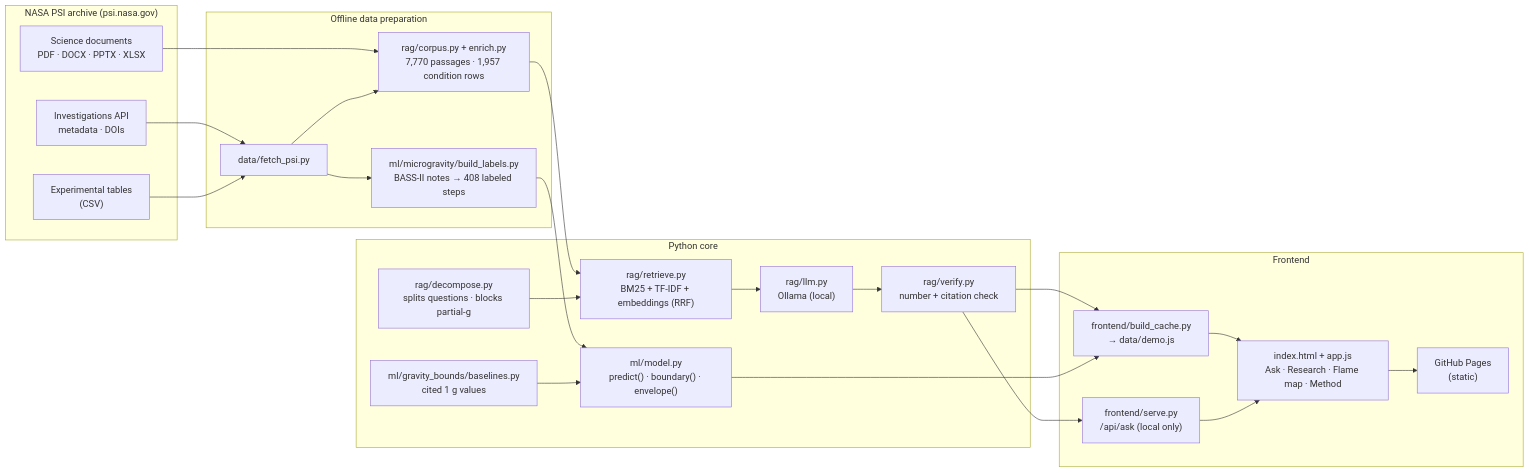
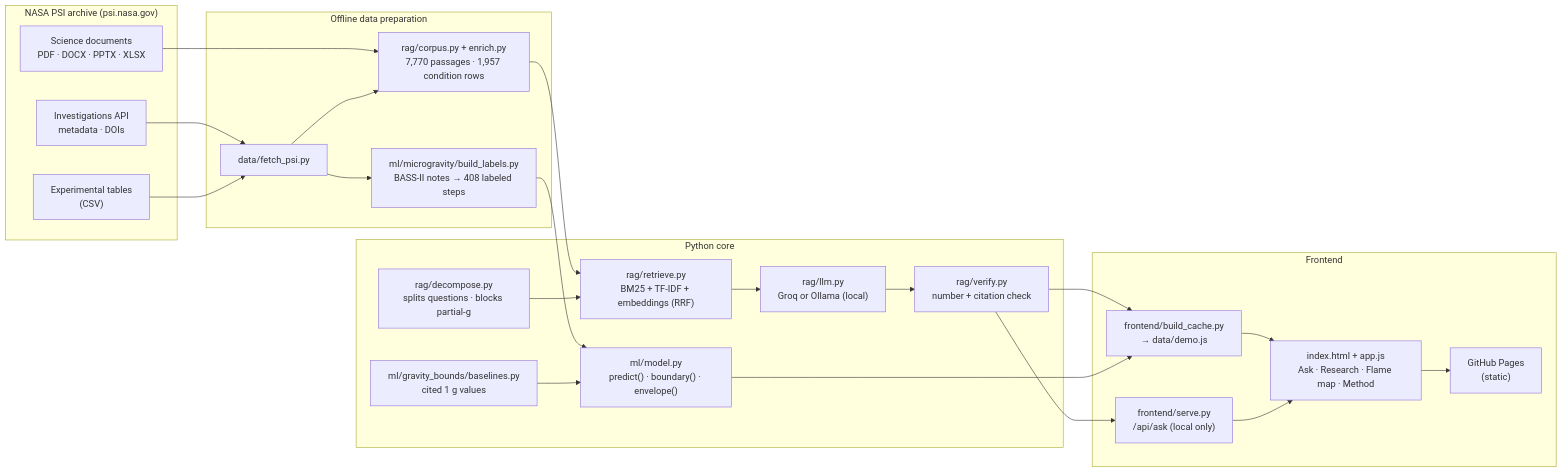
Before and after one commit to md-zaid-10/Flame-in-Freefall-by-Cosmic-Outliers: the diagram in README.md, drawn with Mermaid. The commit also changed other lines of this file and 3 other files, not shown here.

First line of the commit message:
Groq: fall back to Ollama on rate limits, normalize citations, label the answering model

````diff
--- a/README.md
+++ b/README.md
@@ -193,47 +193,47 @@
 ```mermaid
 flowchart LR
     subgraph NASA["NASA PSI archive (psi.nasa.gov)"]
         API["Investigations API<br/>metadata · DOIs"]
         TAB["Experimental tables<br/>(CSV)"]
         DOC["Science documents<br/>PDF · DOCX · PPTX · XLSX"]
     end
 
     subgraph PREP["Offline data preparation"]
         FETCH["data/fetch_psi.py"]
         CORPUS["rag/corpus.py + enrich.py<br/>7,770 passages · 1,957 condition rows"]
         LABELS["ml/microgravity/build_labels.py<br/>BASS-II notes → 408 labeled steps"]
     end
 
     subgraph CORE["Python core"]
         RET["rag/retrieve.py<br/>BM25 + TF-IDF + embeddings (RRF)"]
         DEC["rag/decompose.py<br/>splits questions · blocks partial-g"]
-        LLM["rag/llm.py<br/>Ollama (local)"]
+        LLM["rag/llm.py<br/>Groq or Ollama (local)"]
         VER["rag/verify.py<br/>number + citation check"]
         ML["ml/model.py<br/>predict() · boundary() · envelope()"]
         BASE["ml/gravity_bounds/baselines.py<br/>cited 1 g values"]
     end
 
     subgraph WEB["Frontend"]
         BUILD["frontend/build_cache.py<br/>→ data/demo.js"]
         SERVE["frontend/serve.py<br/>/api/ask (local only)"]
         UI["index.html + app.js<br/>Ask · Research · Flame map · Method"]
         PAGES["GitHub Pages<br/>(static)"]
     end
 
     API --> FETCH
     TAB --> FETCH
     DOC --> CORPUS
     FETCH --> CORPUS
     FETCH --> LABELS
     CORPUS --> RET
     DEC --> RET
     RET --> LLM --> VER
     LABELS --> ML
     BASE --> ML
     VER --> BUILD
     ML --> BUILD
     VER --> SERVE
     BUILD --> UI
     SERVE --> UI
     UI --> PAGES
 ```
````
